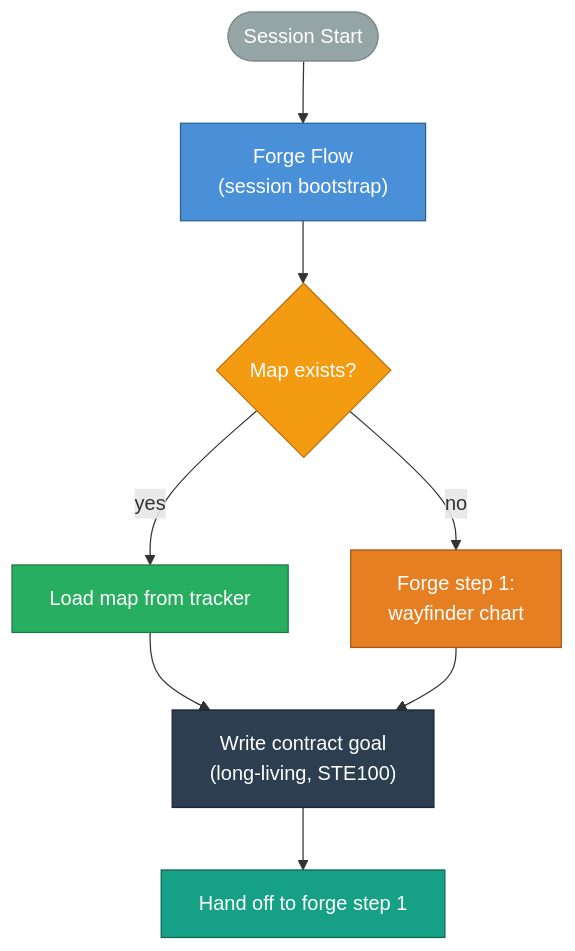
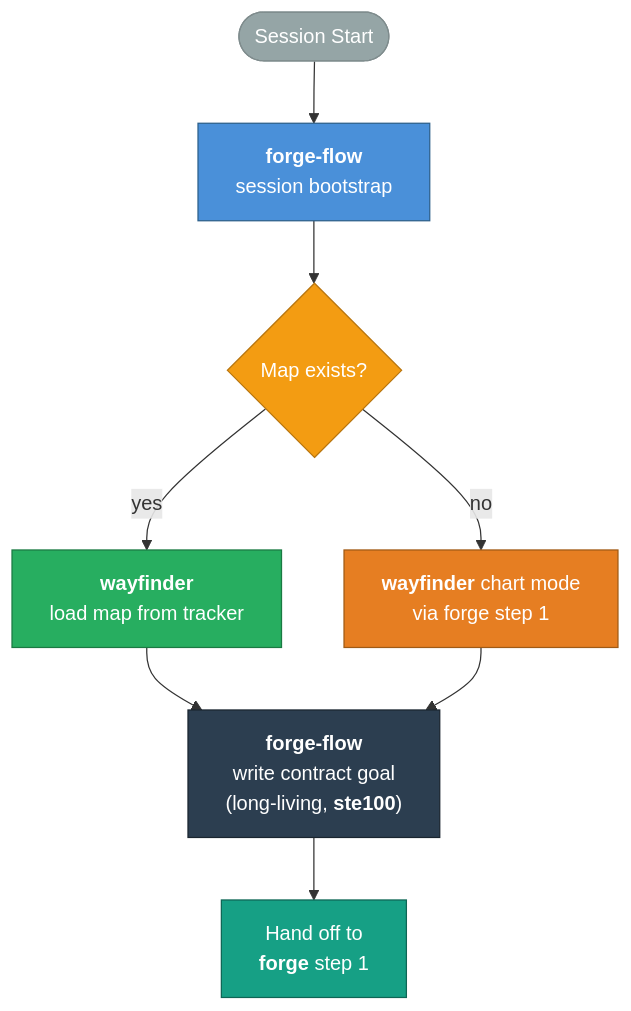
Before and after one commit to weselben/RooForge: the first of 5 diagrams in README.md, drawn with Mermaid. The commit also changed other lines of this file, not shown here.

Commit message:
docs(readme): restore full RooForge README with install prompt, prerequisites, and 5 annotated flow diagrams

````diff
--- a/README.md
+++ b/README.md
@@ -24,18 +76,18 @@
 ```mermaid
 flowchart TD
-    Start([Session Start]) --> Flow["Forge Flow<br/>(session bootstrap)"]
+    Start([Session Start]) --> Flow["<b>forge-flow</b><br/>session bootstrap"]
     Flow --> Detect{"Map exists?"}
-    Detect -->|"yes"| LoadMap["Load map from tracker"]
-    Detect -->|"no"| ChartMap["Forge step 1:<br/>wayfinder chart"]
-    LoadMap --> Goal["Write contract goal<br/>(long-living, STE100)"]
+    Detect -->|"yes"| LoadMap["<b>wayfinder</b><br/>load map from tracker"]
+    Detect -->|"no"| ChartMap["<b>wayfinder</b> chart mode<br/>via forge step 1"]
+    LoadMap --> Goal["<b>forge-flow</b><br/>write contract goal<br/>(long-living, <b>ste100</b>)"]
     ChartMap --> Goal
-    Goal --> Handoff["Hand off to forge step 1"]
+    Goal --> Handoff["Hand off to<br/><b>forge</b> step 1"]
     
     style Start fill:#95A5A6,color:#fff,stroke:#7F8C8D
     style Flow fill:#4A90D9,color:#fff,stroke:#2C5F8A
     style Detect fill:#F39C12,color:#fff,stroke:#B8750E
     style LoadMap fill:#27AE60,color:#fff,stroke:#1A7A42
     style ChartMap fill:#E67E22,color:#fff,stroke:#A05A15
     style Goal fill:#2C3E50,color:#fff,stroke:#1A252F
     style Handoff fill:#16A085,color:#fff,stroke:#0E6655
 ```
````
